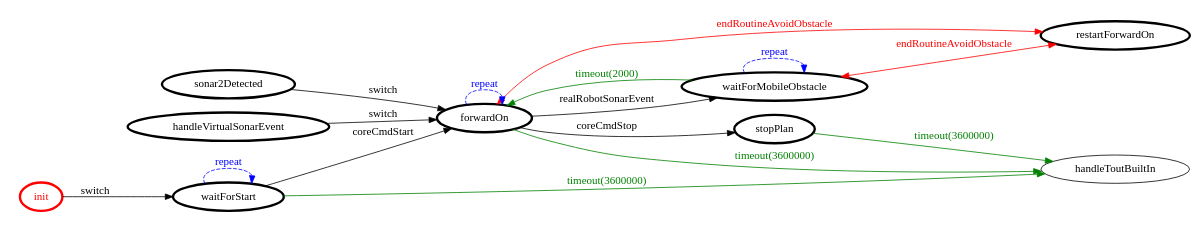
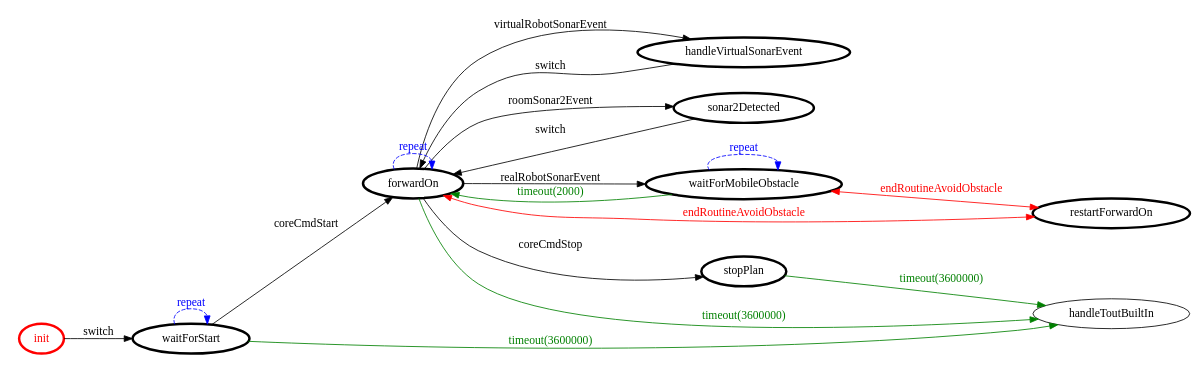
One commit to FraGio/iss2018 changed the diagram in it.unibo.projectRobot/srcMore/it/unibo/movecorelogic/movecorelogic.gv. Above: the diagram before and after it, drawn with Graphviz. The commit also changed 9 other files, not shown here.

```diff
--- a/it.unibo.projectRobot/srcMore/it/unibo/movecorelogic/movecorelogic.gv
+++ b/it.unibo.projectRobot/srcMore/it/unibo/movecorelogic/movecorelogic.gv
@@ -1,36 +1,38 @@
 /*
 *
 * A GraphViz DOT FSM description 
 * Please use a GraphViz visualizer (like http://www.webgraphviz.com)
 *  
 */
 
 digraph finite_state_machine {
 	rankdir=LR
 	size="8,5"
 	
 	init [ color = red ][ fontcolor = red ][ penwidth = 3 ]
 	handleVirtualSonarEvent [ color = black ][ fontcolor = black ][ penwidth = 3 ]
 	sonar2Detected [ color = black ][ fontcolor = black ][ penwidth = 3 ]
 	restartForwardOn [ color = black ][ fontcolor = black ][ penwidth = 3 ]
 	waitForMobileObstacle [ color = black ][ fontcolor = black ][ penwidth = 3 ]
 	waitForStart [ color = black ][ fontcolor = black ][ penwidth = 3 ]
 	forwardOn [ color = black ][ fontcolor = black ][ penwidth = 3 ]
 	stopPlan [ color = black ][ fontcolor = black ][ penwidth = 3 ]
 	
 	waitForMobileObstacle -> restartForwardOn [ label = "endRoutineAvoidObstacle" ][ color = red ][ fontcolor = red ][ dir = both ]
 	sonar2Detected -> forwardOn [ label = "switch" ][ color = black ][ fontcolor = black ]
 	waitForStart -> handleToutBuiltIn [ label = "timeout(3600000)" ][ color = green ][ fontcolor = green ]
 	handleVirtualSonarEvent -> forwardOn [ label = "switch" ][ color = black ][ fontcolor = black ]
 	waitForMobileObstacle -> forwardOn [ label = "timeout(2000)" ][ color = green ][ fontcolor = green ]
 	forwardOn -> restartForwardOn [ label = "endRoutineAvoidObstacle" ][ color = red ][ fontcolor = red ][ dir = both ]
 	stopPlan -> handleToutBuiltIn [ label = "timeout(3600000)" ][ color = green ][ fontcolor = green ]
 	waitForStart -> forwardOn [ label = "coreCmdStart" ][ color = black ][ fontcolor = black ]
 	forwardOn -> handleToutBuiltIn [ label = "timeout(3600000)" ][ color = green ][ fontcolor = green ]
 	waitForMobileObstacle -> waitForMobileObstacle [ label = "repeat "][ style = dashed ][ color = blue ][ fontcolor = blue ]
 	forwardOn -> stopPlan [ label = "coreCmdStop" ][ color = black ][ fontcolor = black ]
+	forwardOn -> handleVirtualSonarEvent [ label = "virtualRobotSonarEvent" ][ color = black ][ fontcolor = black ]
 	forwardOn -> waitForMobileObstacle [ label = "realRobotSonarEvent" ][ color = black ][ fontcolor = black ]
 	waitForStart -> waitForStart [ label = "repeat "][ style = dashed ][ color = blue ][ fontcolor = blue ]
 	forwardOn -> forwardOn [ label = "repeat "][ style = dashed ][ color = blue ][ fontcolor = blue ]
 	init -> waitForStart [ label = "switch" ][ color = black ][ fontcolor = black ]
+	forwardOn -> sonar2Detected [ label = "roomSonar2Event" ][ color = black ][ fontcolor = black ]
 }
```
